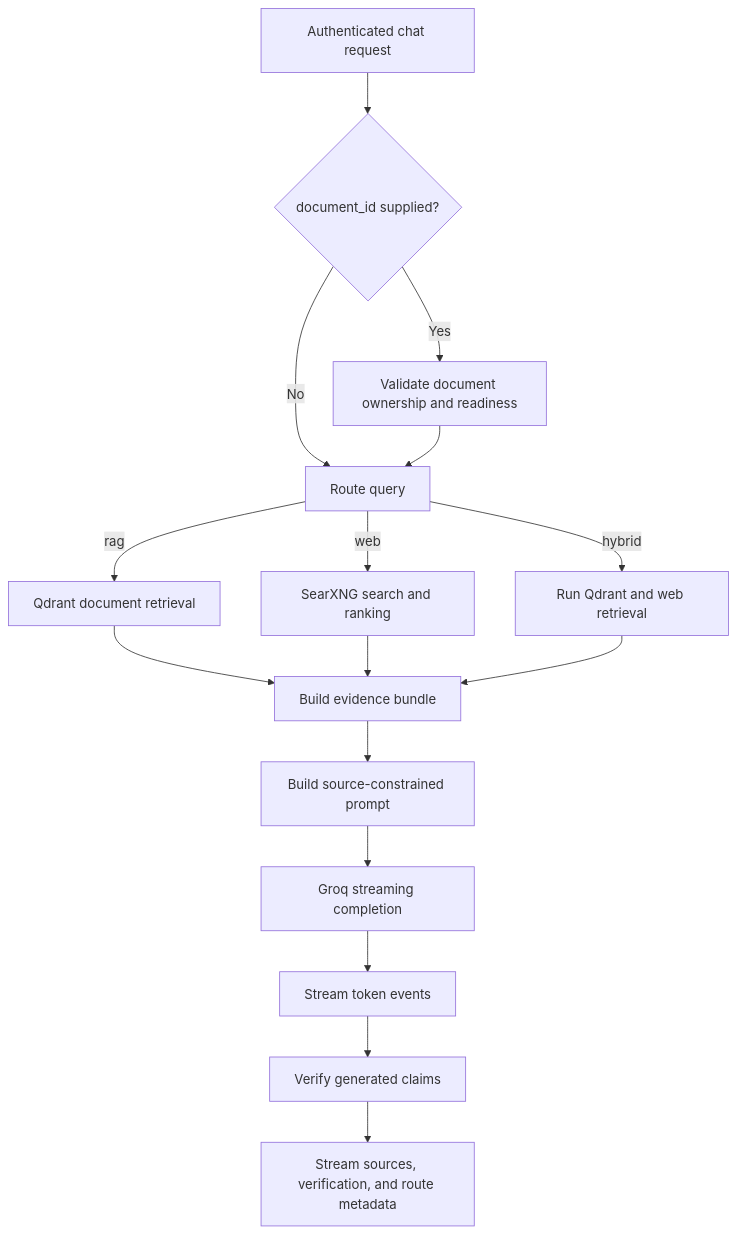
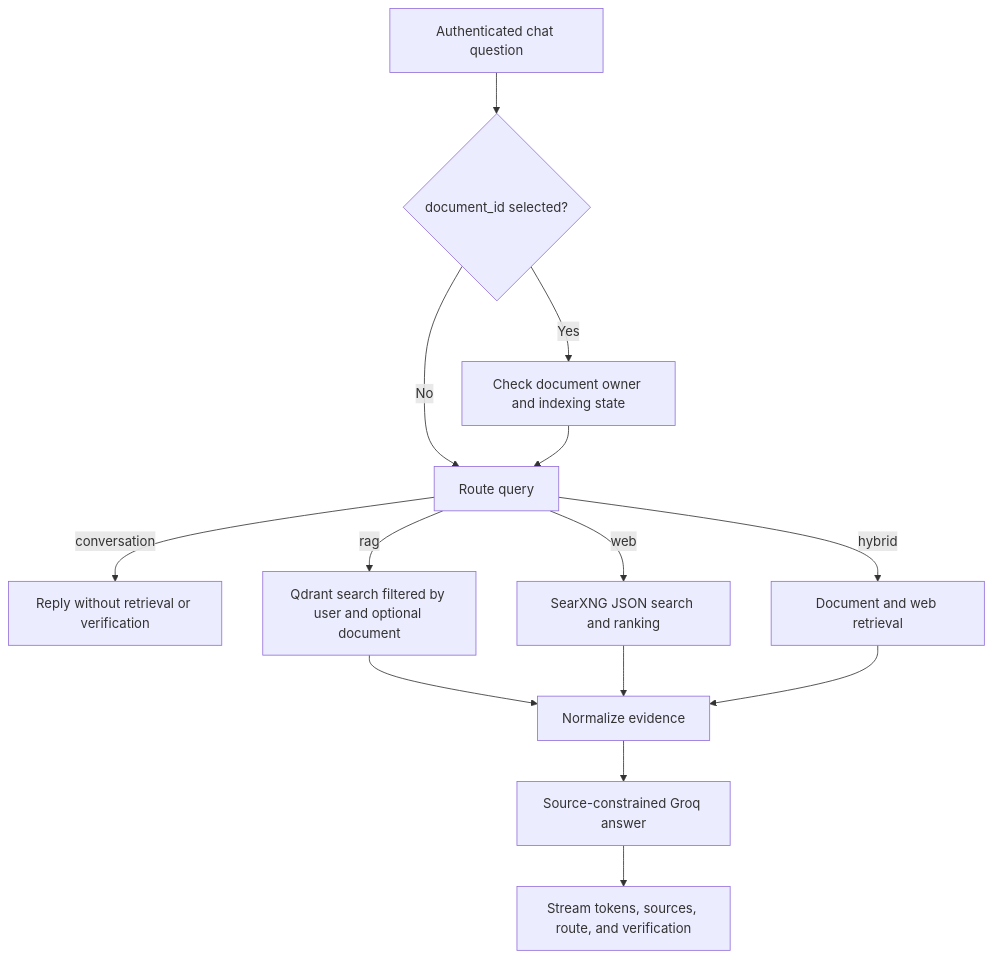
One commit to akhhilreddy/AskLaw changed the second of 2 diagrams in README.md. Above: the diagram before and after it, drawn with Mermaid. The commit also changed other lines of this file, not shown here.

````diff
--- a/README.md
+++ b/README.md
@@ -81,18 +96,16 @@
 ```mermaid
 flowchart TD
-    Q[Authenticated chat request] --> O{document_id supplied?}
-    O -->|Yes| C[Validate document ownership and readiness]
-    O -->|No| R[Route query]
-    C --> R
-    R -->|rag| DR[Qdrant document retrieval]
-    R -->|web| WR[SearXNG search and ranking]
-    R -->|hybrid| BOTH[Run Qdrant and web retrieval]
-    DR --> E[Build evidence bundle]
-    WR --> E
-    BOTH --> E
-    E --> P[Build source-constrained prompt]
-    P --> G[Groq streaming completion]
-    G --> T[Stream token events]
-    T --> V[Verify generated claims]
-    V --> M[Stream sources, verification, and route metadata]
+    Q[Authenticated chat question] --> D{document_id selected?}
+    D -->|Yes| O[Check document owner and indexing state]
+    D -->|No| R[Route query]
+    O --> R
+    R -->|conversation| C[Reply without retrieval or verification]
+    R -->|rag| V[Qdrant search filtered by user and optional document]
+    R -->|web| W[SearXNG JSON search and ranking]
+    R -->|hybrid| H[Document and web retrieval]
+    V --> E[Normalize evidence]
+    W --> E
+    H --> E
+    E --> G[Source-constrained Groq answer]
+    G --> S[Stream tokens, sources, route, and verification]
 ```
````
